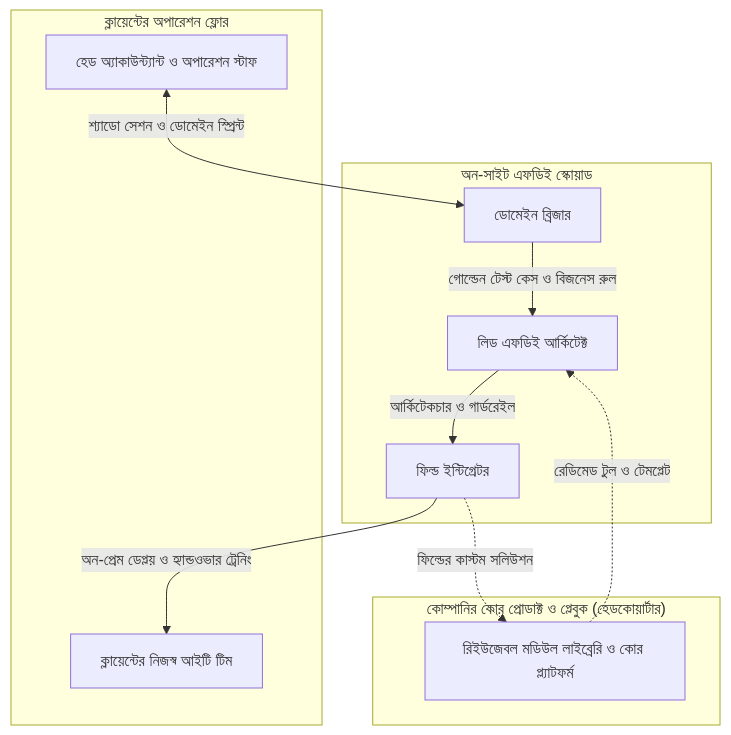
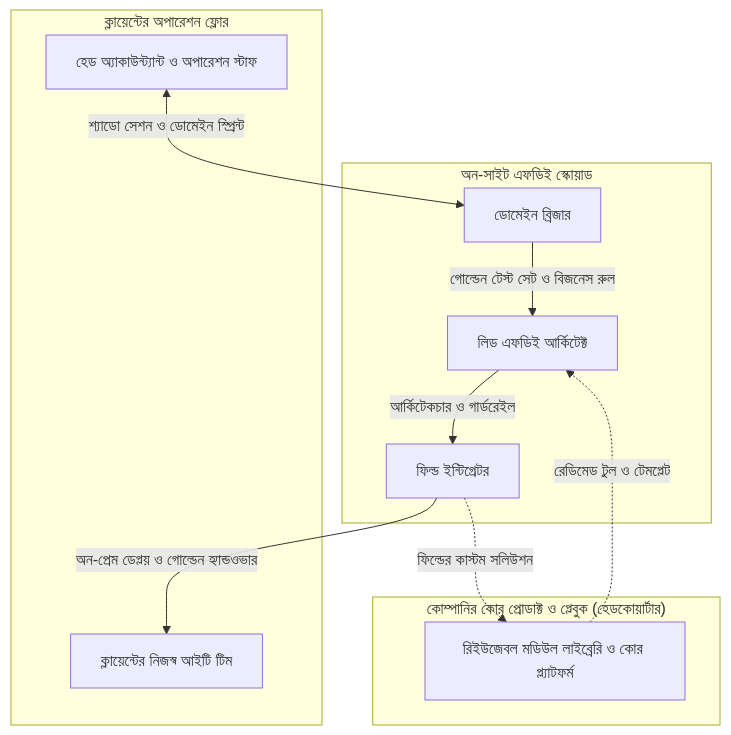
One commit to aiwithr/fde_book changed the diagram in docs/chapter-5/index.md. Above: the diagram before and after it, drawn with Mermaid. The commit also changed other lines of this file and 5 other files, not shown here.

````diff
--- a/docs/chapter-5/index.md
+++ b/docs/chapter-5/index.md
@@ -50,24 +50,24 @@
 ```mermaid
 flowchart TD
     subgraph Client["ক্লায়েন্টের অপারেশন ফ্লোর"]
         K1["হেড অ্যাকাউন্ট্যান্ট ও অপারেশন স্টাফ"]
         K2["ক্লায়েন্টের নিজস্ব আইটি টিম"]
     end
 
     subgraph Squad["অন-সাইট এফডিই স্কোয়াড"]
         S1["ডোমেইন ব্রিজার"]
         S3["লিড এফডিই আর্কিটেক্ট"]
         S2["ফিল্ড ইন্টিগ্রেটর"]
     end
 
     subgraph Home["কোম্পানির কোর প্রোডাক্ট ও প্লেবুক (হেডকোয়ার্টার)"]
         H1["রিইউজেবল মডিউল লাইব্রেরি ও কোর প্ল্যাটফর্ম"]
     end
 
     K1 <-->|"শ্যাডো সেশন ও ডোমেইন স্প্রিন্ট"| S1
-    S1 -->|"গোল্ডেন টেস্ট কেস ও বিজনেস রুল"| S3
+    S1 -->|"গোল্ডেন টেস্ট সেট ও বিজনেস রুল"| S3
     S3 -->|"আর্কিটেকচার ও গার্ডরেইল"| S2
-    S2 -->|"অন-প্রেম ডেপ্লয় ও হ্যান্ডওভার ট্রেনিং"| K2
+    S2 -->|"অন-প্রেম ডেপ্লয় ও গোল্ডেন হ্যান্ডওভার"| K2
     S2 -.->|"ফিল্ডের কাস্টম সলিউশন"| H1
     H1 -.->|"রেডিমেড টুল ও টেমপ্লেট"| S3
 ```
````
